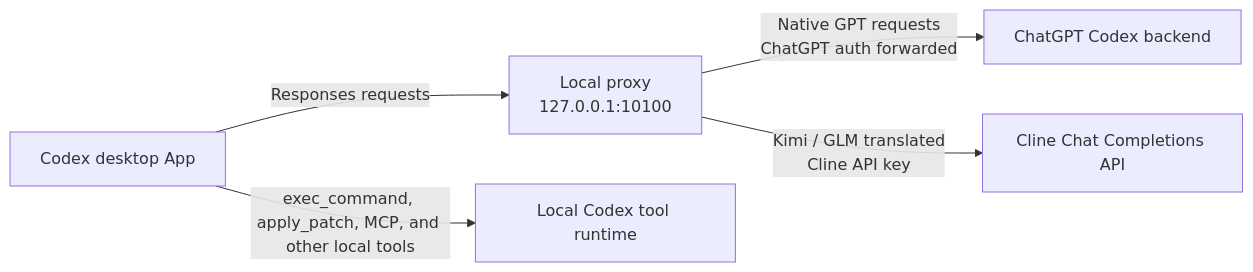
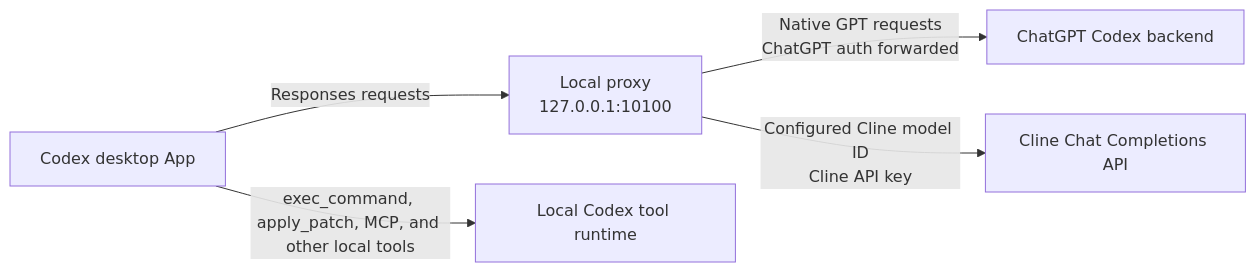
Before and after one commit to SergioChan/cline-codex-app-proxy: the diagram in README.md, drawn with Mermaid. The commit also changed other lines of this file and 7 other files, not shown here.

Commit message:
feat: make Cline model selection configurable

````diff
--- a/README.md
+++ b/README.md
@@ -17,7 +14,7 @@
 ```mermaid
 flowchart LR
     A["Codex desktop App"] -->|"Responses requests"| P["Local proxy\n127.0.0.1:10100"]
     P -->|"Native GPT requests\nChatGPT auth forwarded"| O["ChatGPT Codex backend"]
-    P -->|"Kimi / GLM translated\nCline API key"| C["Cline Chat Completions API"]
+    P -->|"Configured Cline model ID\nCline API key"| C["Cline Chat Completions API"]
     A -->|"exec_command, apply_patch, MCP, and other local tools"| T["Local Codex tool runtime"]
 ```
````
